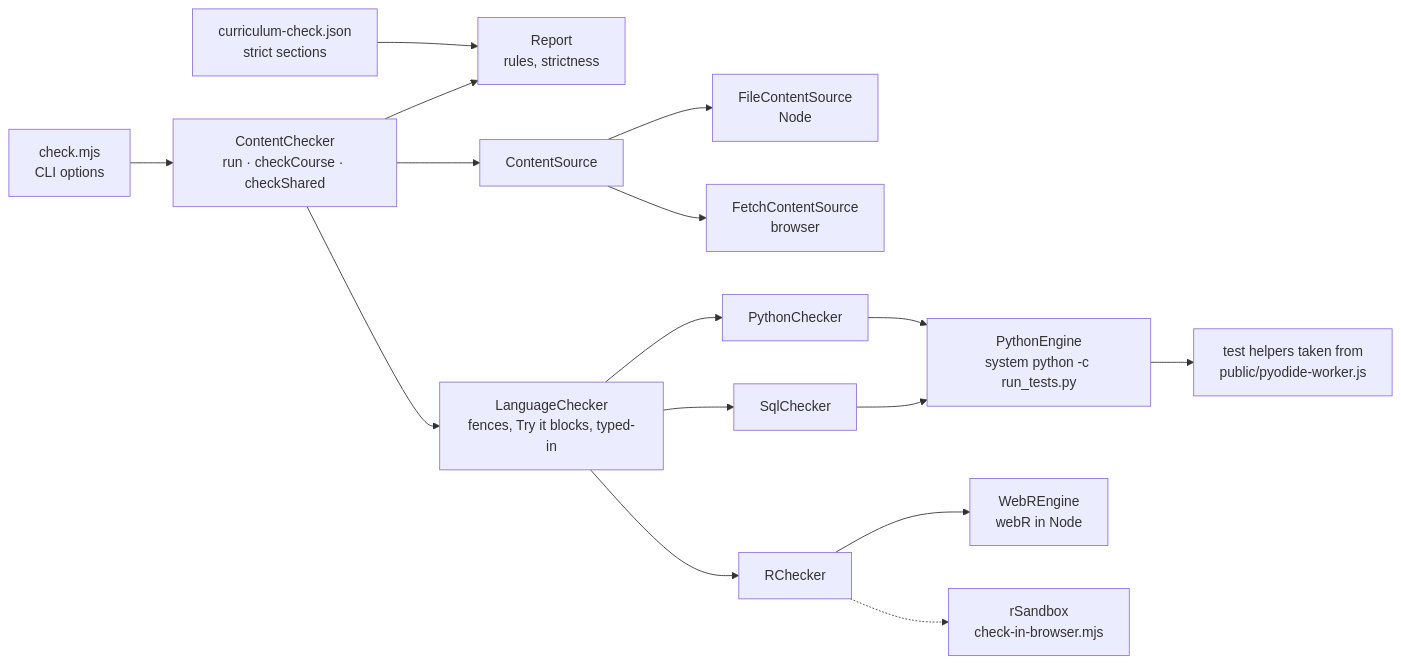
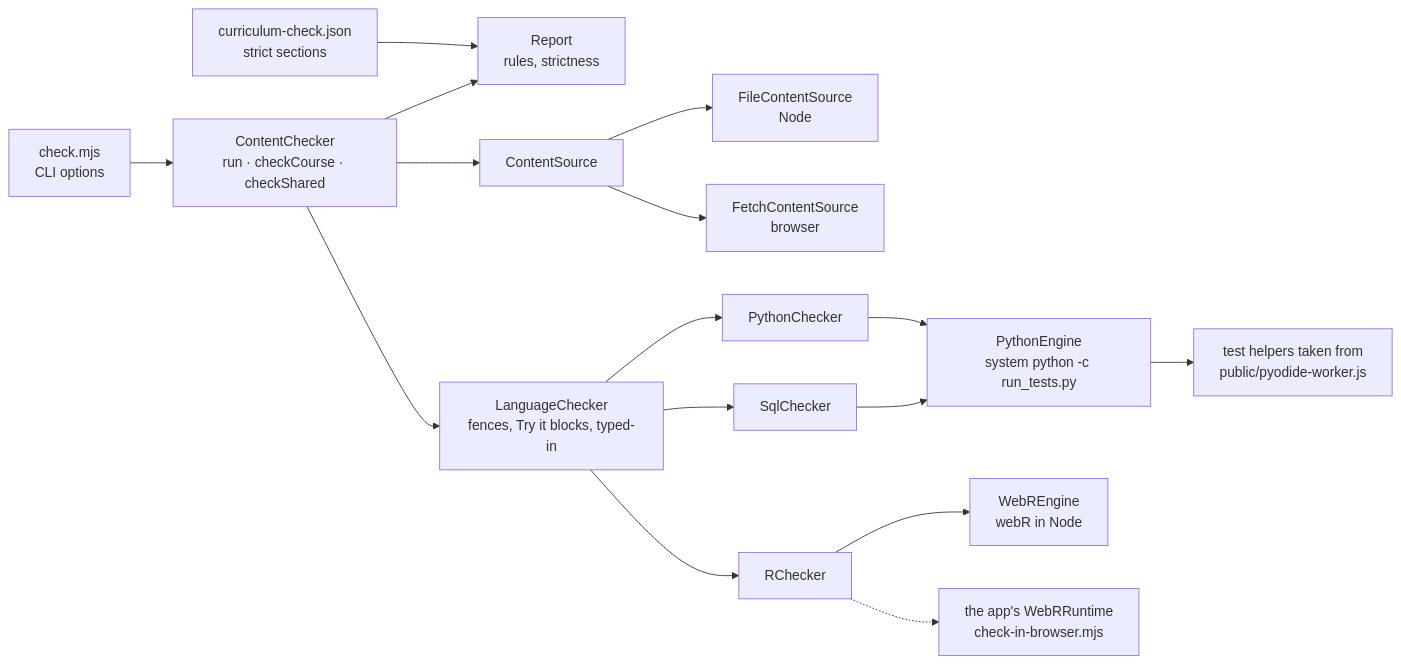
One commit to ubuntu-apps/code-quest changed the sixth of 8 diagrams in ARCHITECTURE.md. Above: the diagram before and after it, drawn with Mermaid. The commit also changed other lines of this file and 44 other files, not shown here.

````diff
--- a/ARCHITECTURE.md
+++ b/ARCHITECTURE.md
@@ -225,18 +239,18 @@
 ```mermaid
 flowchart LR
   CLI["check.mjs<br/>CLI options"] --> CC["ContentChecker<br/>run · checkCourse · checkShared"]
   CFG["curriculum-check.json<br/>strict sections"] --> REP
   CC --> REP["Report<br/>rules, strictness"]
   CC --> SRC["ContentSource"]
   SRC --> FS["FileContentSource<br/>Node"]
   SRC --> FE["FetchContentSource<br/>browser"]
   CC --> LC["LanguageChecker<br/>fences, Try it blocks, typed-in"]
   LC --> PC["PythonChecker"]
   LC --> SC["SqlChecker"]
   LC --> RC["RChecker"]
   PC --> PE["PythonEngine<br/>system python -c run_tests.py"]
   SC --> PE
   RC --> WE["WebREngine<br/>webR in Node"]
-  RC -.-> RB["rSandbox<br/>check-in-browser.mjs"]
+  RC -.-> RB["the app's WebRRuntime<br/>check-in-browser.mjs"]
   PE --> H["test helpers taken from<br/>public/pyodide-worker.js"]
 ```
````
